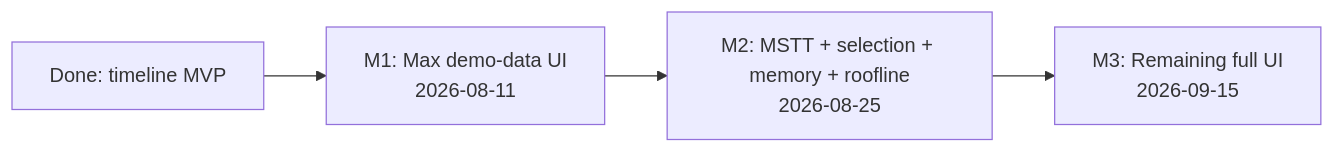
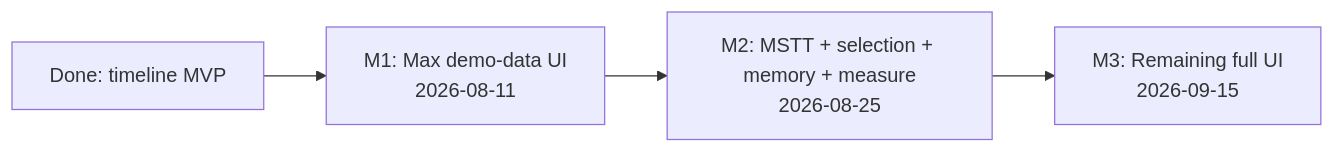
One commit to IdeFrontend/profiling-report changed the diagram in docs/process/roadmap/README.md. Above: the diagram before and after it, drawn with Mermaid. The commit also changed other lines of this file and 33 other files, not shown here.

First line of the commit message:
Absorb design changelog into specs and existing timeline UI.

````diff
--- a/docs/process/roadmap/README.md
+++ b/docs/process/roadmap/README.md
@@ -13,8 +13,8 @@
 ```mermaid
 flowchart LR
   done["Done: timeline MVP"]
   m1["M1: Max demo-data UI\n2026-08-11"]
-  m2["M2: MSTT + selection + memory + roofline\n2026-08-25"]
+  m2["M2: MSTT + selection + memory + measure\n2026-08-25"]
   m3["M3: Remaining full UI\n2026-09-15"]
   done --> m1 --> m2 --> m3
 ```
````
